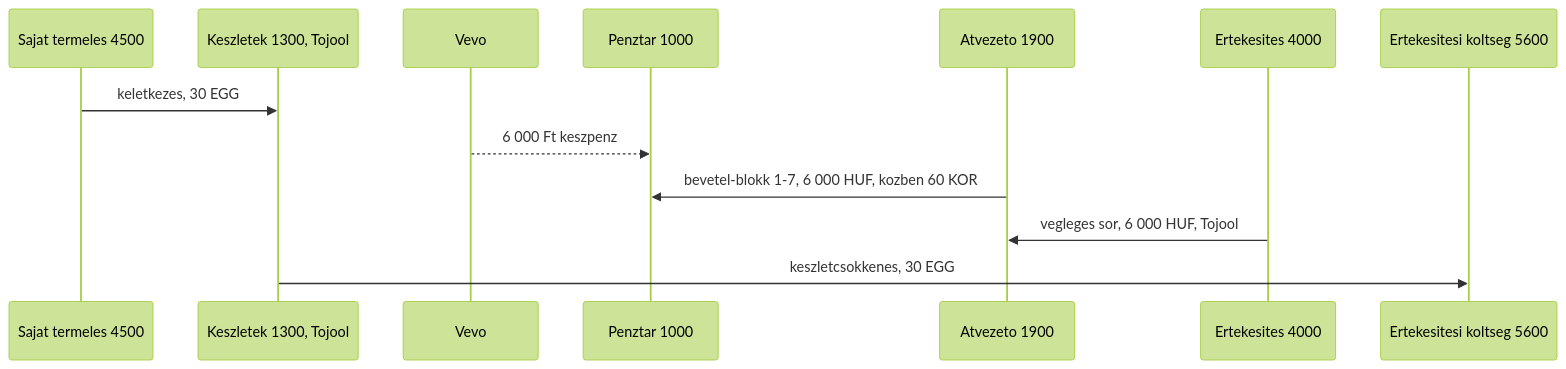
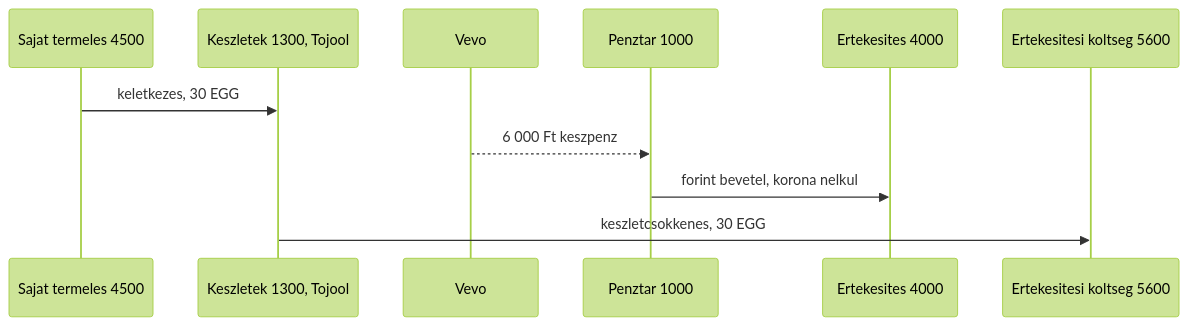
One commit to pitiboy/curr changed the fifth of 15 diagrams in docs/transaction-workflow.md. Above: the diagram before and after it, drawn with Mermaid (forest theme). The commit also changed other lines of this file and 1 other file, not shown here.

First line of the commit message:
docs: korona csak lekötéskor a nyilvántartásokon

````diff
--- a/docs/transaction-workflow.md
+++ b/docs/transaction-workflow.md
@@ -327,16 +281,14 @@
 ```mermaid
 sequenceDiagram
   participant Allomany as Sajat termeles 4500
   participant Keszlet as Keszletek 1300, Tojool
   participant Vevo as Vevo
   participant Penztar as Penztar 1000
-  participant Atv as Atvezeto 1900
   participant Bevetel as Ertekesites 4000
   participant Ert as Ertekesitesi koltseg 5600
 
   Allomany->>Keszlet: keletkezes, 30 EGG
   Vevo-->>Penztar: 6 000 Ft keszpenz
-  Atv->>Penztar: bevetel-blokk 1-7, 6 000 HUF, kozben 60 KOR
-  Bevetel->>Atv: vegleges sor, 6 000 HUF, Tojool
+  Penztar->>Bevetel: forint bevetel, korona nelkul
   Keszlet->>Ert: keszletcsokkenes, 30 EGG
 ```
````
